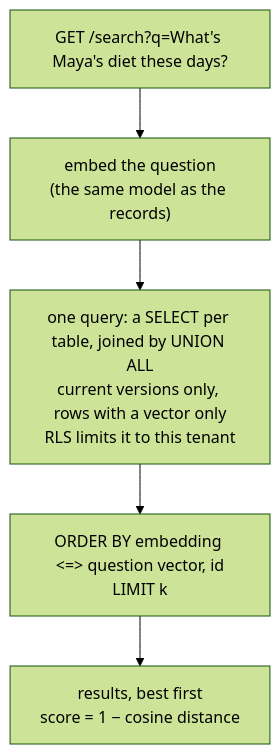
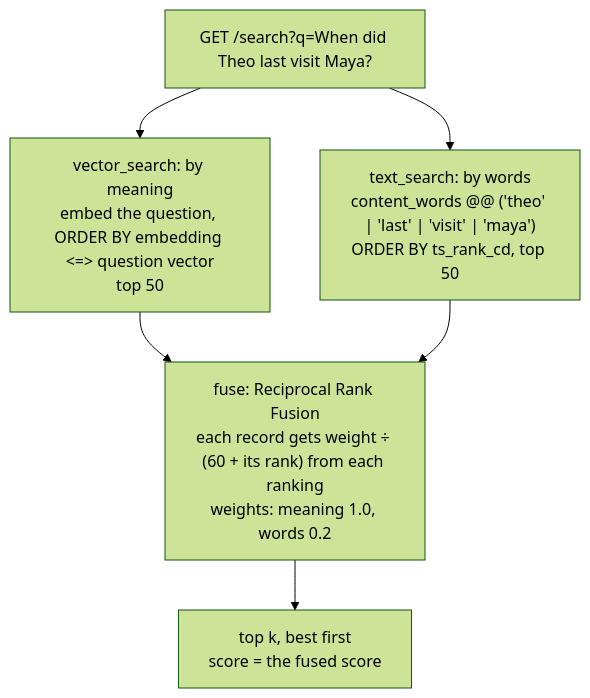
Diagram 17 of 24 in docs/design.md (ZiadHendawy/mutable), drawn with Mermaid (forest theme) before and after one commit. The commit also changed other lines of this file and 5 other files, not shown here.

First line of the commit message:
M4 step 5: hybrid search, full-text merged with vector search

````diff
--- a/docs/design.md
+++ b/docs/design.md
@@ -918,7 +933,8 @@
 ```mermaid
 flowchart TD
-    q["GET /search?q=What's Maya's diet these days?"] --> embed["embed the question<br/>(the same model as the records)"]
-    embed --> sql["one query: a SELECT per table, joined by UNION ALL<br/>current versions only, rows with a vector only<br/>RLS limits it to this tenant"]
-    sql --> rank["ORDER BY embedding <=> question vector, id<br/>LIMIT k"]
-    rank --> out["results, best first<br/>score = 1 − cosine distance"]
+    q["GET /search?q=When did Theo last visit Maya?"] --> v["vector_search: by meaning<br/>embed the question, ORDER BY embedding <=> question vector<br/>top 50"]
+    q --> t["text_search: by words<br/>content_words @@ ('theo' | 'last' | 'visit' | 'maya')<br/>ORDER BY ts_rank_cd, top 50"]
+    v --> f["fuse: Reciprocal Rank Fusion<br/>each record gets weight ÷ (60 + its rank) from each ranking<br/>weights: meaning 1.0, words 0.2"]
+    t --> f
+    f --> out["top k, best first<br/>score = the fused score"]
 ```
````
